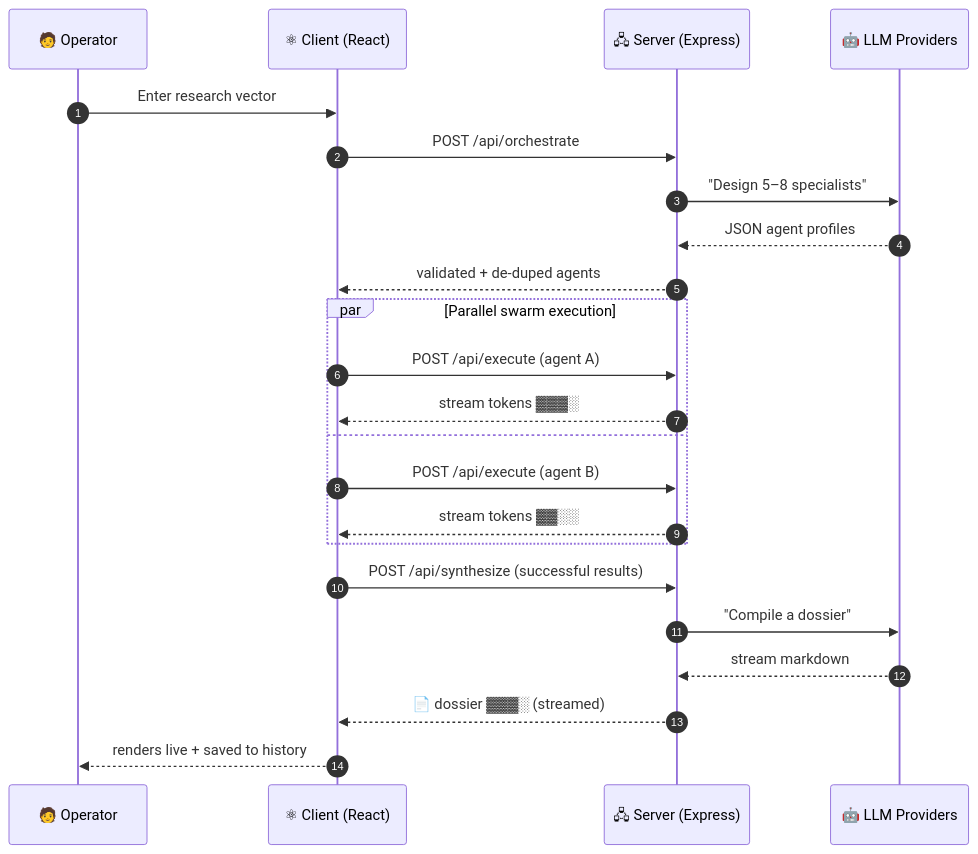
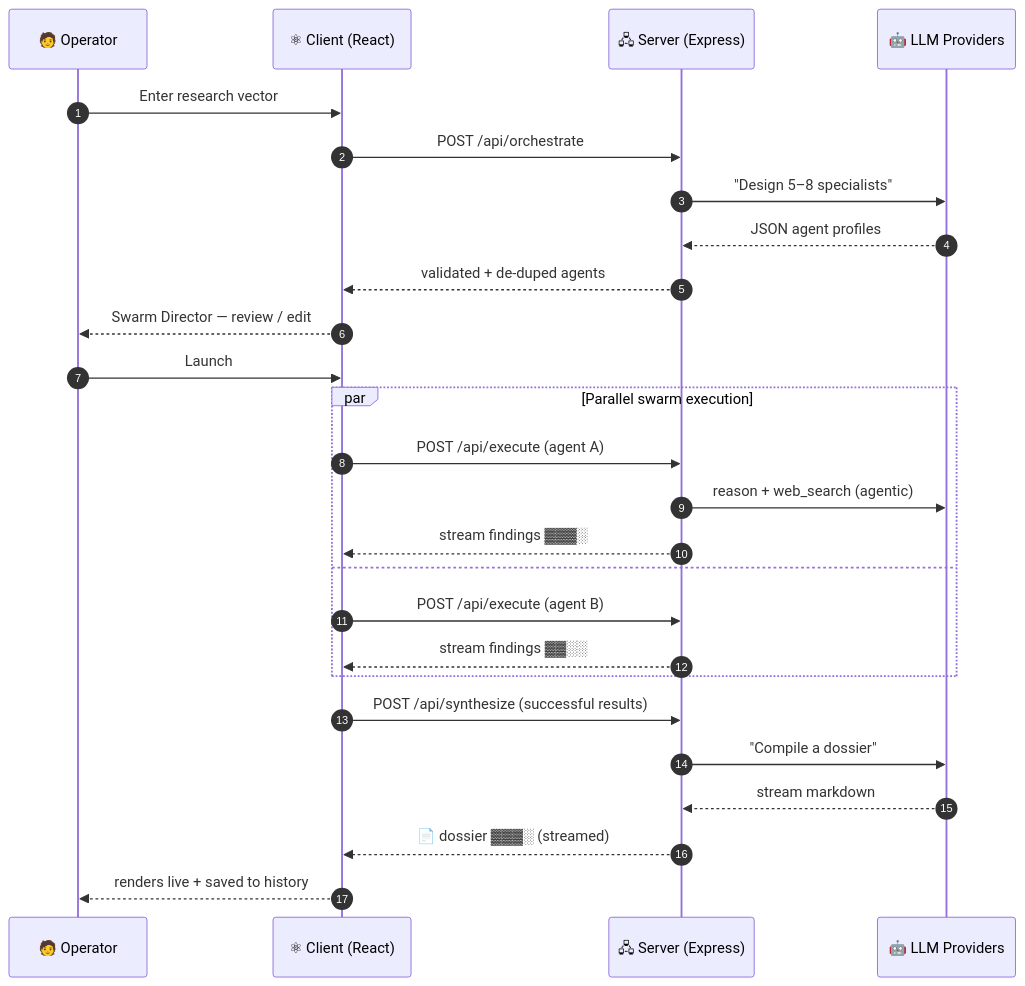
Before and after one commit to rustyorb/cognitive-swarm-engine: the second of 2 diagrams in README.md, drawn with Mermaid. The commit also changed other lines of this file, not shown here.

````diff
--- a/README.md
+++ b/README.md
@@ -90,28 +92,31 @@
 ```mermaid
 sequenceDiagram
     autonumber
     participant U as 🧑 Operator
     participant C as ⚛ Client (React)
     participant S as 🖧 Server (Express)
     participant L as 🤖 LLM Providers
 
     U->>C: Enter research vector
     C->>S: POST /api/orchestrate
     S->>L: "Design 5–8 specialists"
     L-->>S: JSON agent profiles
     S-->>C: validated + de-duped agents
+    C-->>U: Swarm Director — review / edit
+    U->>C: Launch
 
     par Parallel swarm execution
         C->>S: POST /api/execute (agent A)
-        S-->>C: stream tokens ▓▓▓░
+        S->>L: reason + web_search (agentic)
+        S-->>C: stream findings ▓▓▓░
     and
         C->>S: POST /api/execute (agent B)
-        S-->>C: stream tokens ▓▓░░
+        S-->>C: stream findings ▓▓░░
     end
 
     C->>S: POST /api/synthesize (successful results)
     S->>L: "Compile a dossier"
     L-->>S: stream markdown
     S-->>C: 📄 dossier ▓▓▓░ (streamed)
     C-->>U: renders live + saved to history
 ```
````
